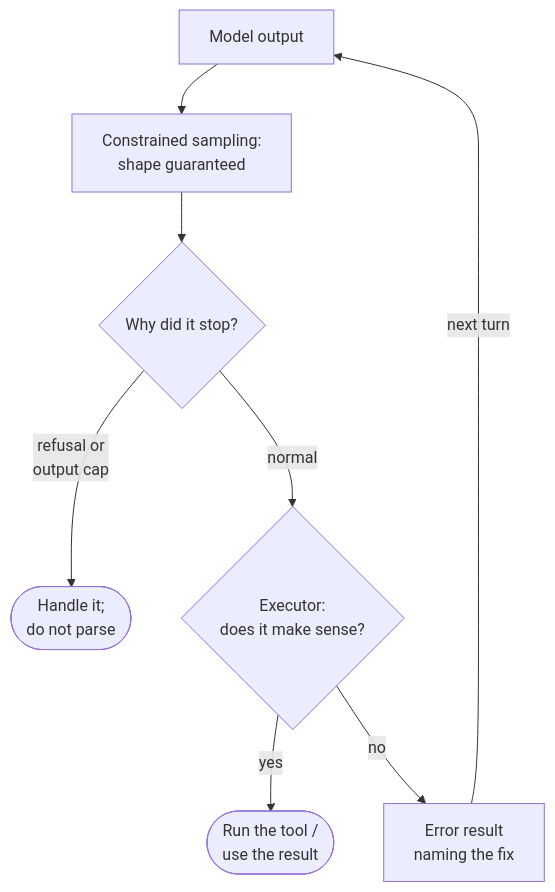
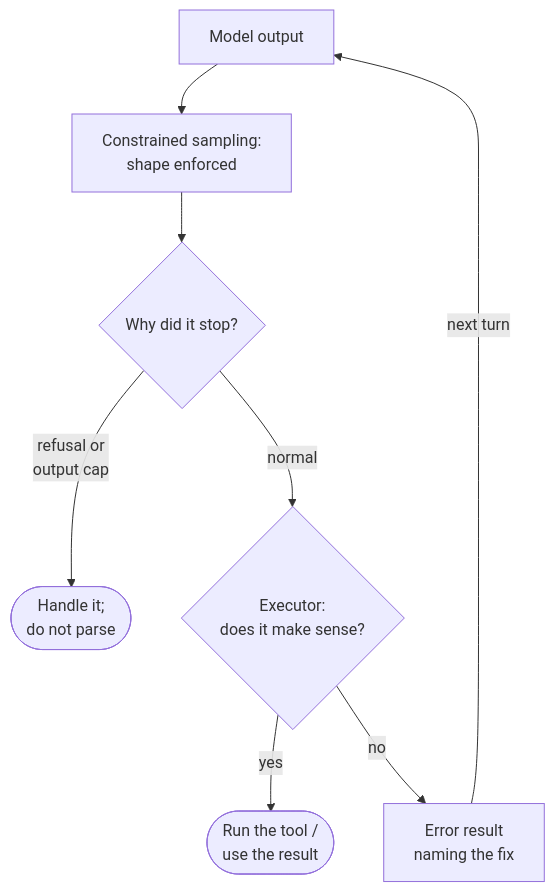
The diagram in diagrams/src/schema-shape-vs-meaning.mmd (joshxinjie/agentic-harness-notes), drawn with Mermaid before and after one commit. The commit also changed 8 other files, not shown here.

```diff
--- a/diagrams/src/schema-shape-vs-meaning.mmd
+++ b/diagrams/src/schema-shape-vs-meaning.mmd
@@ -1,8 +1,8 @@
 flowchart TD
-    M["Model output"] --> G["Constrained sampling:<br>shape guaranteed"]
+    M["Model output"] --> G["Constrained sampling:<br>shape enforced"]
     G --> SR{"Why did it stop?"}
     SR -->|"refusal or<br>output cap"| H(["Handle it;<br>do not parse"])
     SR -->|"normal"| V{"Executor:<br>does it make sense?"}
     V -->|"yes"| OK(["Run the tool /<br>use the result"])
     V -->|"no"| ER["Error result<br>naming the fix"]
     ER -->|"next turn"| M
```
